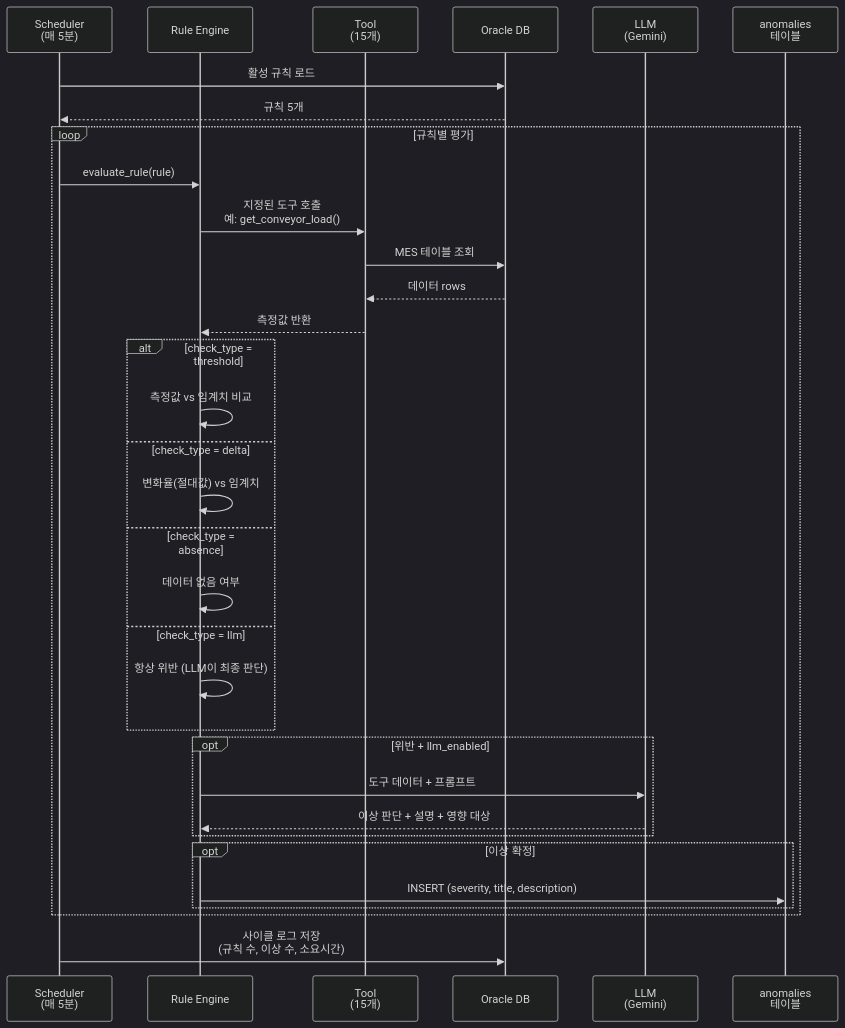
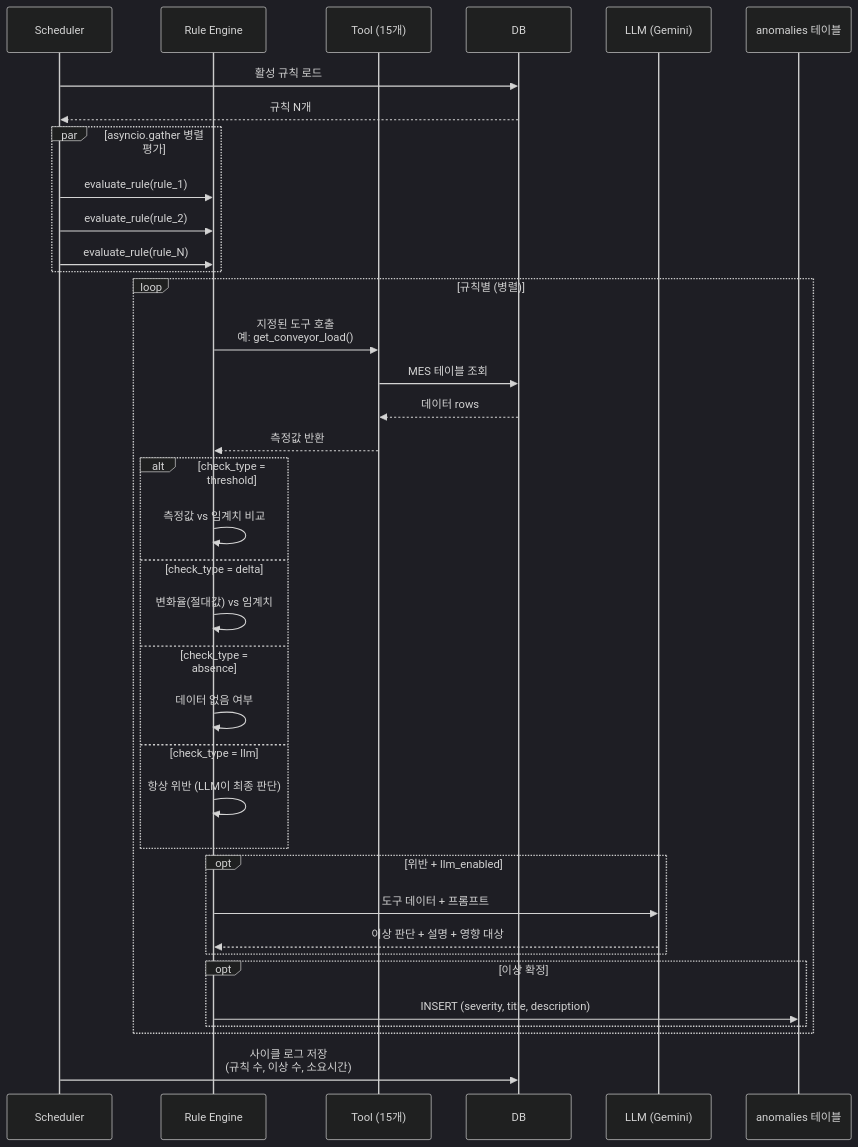
Before and after one commit to donchoru/fab-anomaly-detection: the third of 8 diagrams in README.md, drawn with Mermaid (dark theme). The commit also changed other lines of this file, not shown here.

````diff
--- a/README.md
+++ b/README.md
@@ -207,41 +244,46 @@
 ```mermaid
 sequenceDiagram
-    participant S as Scheduler<br/>(매 5분)
+    participant S as Scheduler
     participant E as Rule Engine
-    participant T as Tool<br/>(15개)
-    participant DB as Oracle DB
-    participant L as LLM<br/>(Gemini)
-    participant A as anomalies<br/>테이블
+    participant T as Tool (15개)
+    participant DB as DB
+    participant L as LLM (Gemini)
+    participant A as anomalies 테이블
 
     S->>DB: 활성 규칙 로드
-    DB-->>S: 규칙 5개
+    DB-->>S: 규칙 N개
 
-    loop 규칙별 평가
-        S->>E: evaluate_rule(rule)
+    par asyncio.gather 병렬 평가
+        S->>E: evaluate_rule(rule_1)
+        S->>E: evaluate_rule(rule_2)
+        S->>E: evaluate_rule(rule_N)
+    end
+
+    loop 규칙별 (병렬)
         E->>T: 지정된 도구 호출<br/>예: get_conveyor_load()
         T->>DB: MES 테이블 조회
         DB-->>T: 데이터 rows
         T-->>E: 측정값 반환
 
         alt check_type = threshold
             E->>E: 측정값 vs 임계치 비교
         else check_type = delta
             E->>E: 변화율(절대값) vs 임계치
         else check_type = absence
             E->>E: 데이터 없음 여부
         else check_type = llm
             E->>E: 항상 위반 (LLM이 최종 판단)
         end
 
         opt 위반 + llm_enabled
             E->>L: 도구 데이터 + 프롬프트
             L-->>E: 이상 판단 + 설명 + 영향 대상
         end
 
         opt 이상 확정
             E->>A: INSERT (severity, title, description)
         end
     end
 
     S->>DB: 사이클 로그 저장<br/>(규칙 수, 이상 수, 소요시간)
 ```
````
